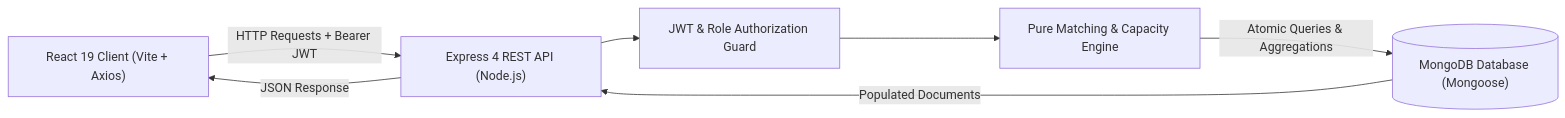
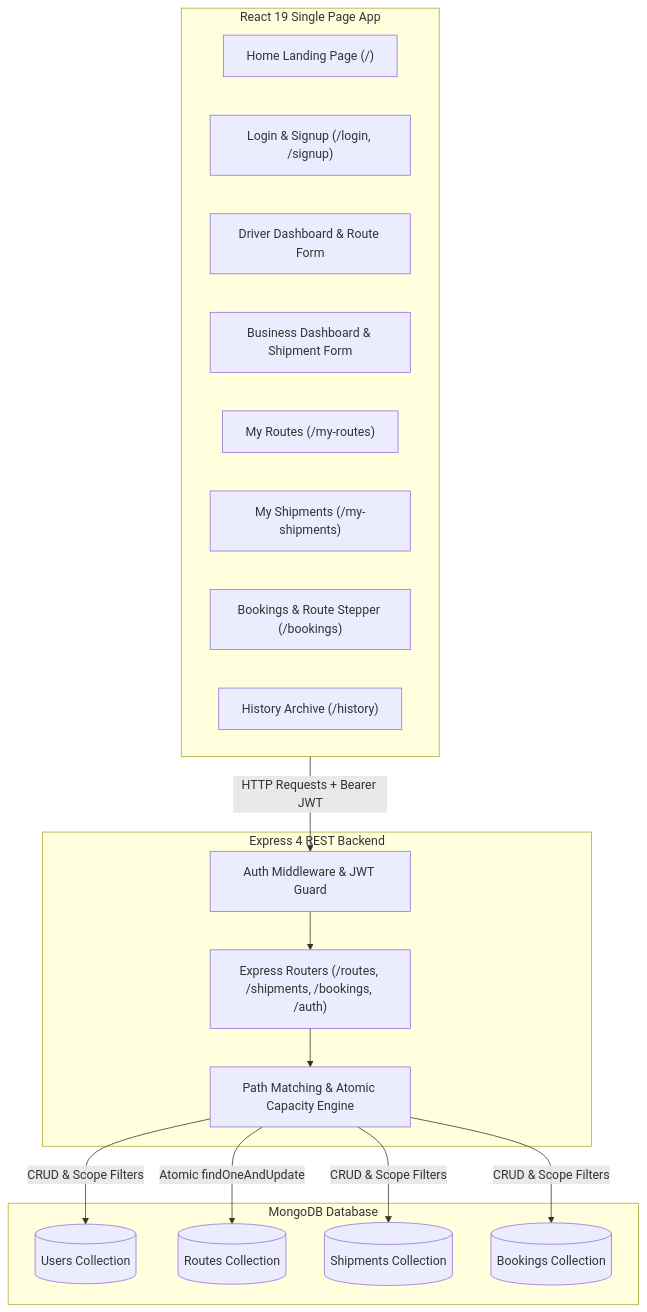
One commit to Mds-1234/Trucksy_V2 changed the first of 2 diagrams in README.md. Above: the diagram before and after it, drawn with Mermaid. The commit also changed other lines of this file, not shown here.

````diff
--- a/README.md
+++ b/README.md
@@ -34,15 +86,34 @@
 ```mermaid
-flowchart LR
-    Client["React 19 Client (Vite + Axios)"]
-    API["Express 4 REST API (Node.js)"]
-    Auth["JWT & Role Authorization Guard"]
-    Engine["Pure Matching & Capacity Engine"]
-    DB[("MongoDB Database (Mongoose)")]
+flowchart TD
+    subgraph Client["React 19 Single Page App"]
+        LP["Home Landing Page (/)"]
+        AuthV["Login & Signup (/login, /signup)"]
+        DDash["Driver Dashboard & Route Form"]
+        BDash["Business Dashboard & Shipment Form"]
+        MR["My Routes (/my-routes)"]
+        MS["My Shipments (/my-shipments)"]
+        BK["Bookings & Route Stepper (/bookings)"]
+        HS["History Archive (/history)"]
+    end
 
-    Client -->|"HTTP Requests + Bearer JWT"| API
-    API --> Auth
-    Auth --> Engine
-    Engine -->|"Atomic Queries & Aggregations"| DB
-    DB -->|"Populated Documents"| API
-    API -->|"JSON Response"| Client
+    subgraph Server["Express 4 REST Backend"]
+        MW["Auth Middleware & JWT Guard"]
+        Router["Express Routers (/routes, /shipments, /bookings, /auth)"]
+        Engine["Path Matching & Atomic Capacity Engine"]
+    end
+
+    subgraph DB["MongoDB Database"]
+        ColU[("Users Collection")]
+        ColR[("Routes Collection")]
+        ColS[("Shipments Collection")]
+        ColB[("Bookings Collection")]
+    end
+
+    Client -->|"HTTP Requests + Bearer JWT"| MW
+    MW --> Router
+    Router --> Engine
+    Engine -->|"Atomic findOneAndUpdate"| ColR
+    Engine -->|"CRUD & Scope Filters"| ColU
+    Engine -->|"CRUD & Scope Filters"| ColS
+    Engine -->|"CRUD & Scope Filters"| ColB
 ```
````
